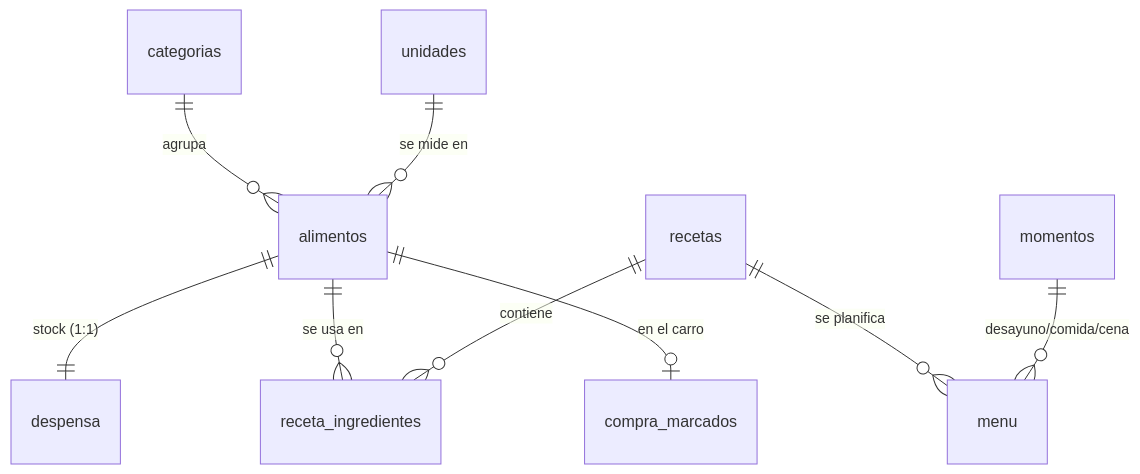
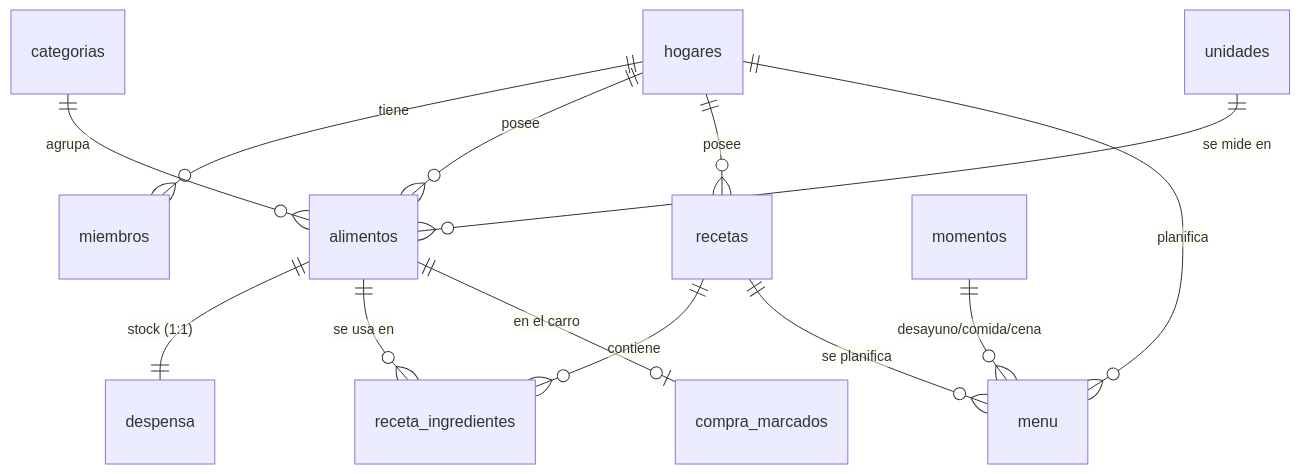
Before and after one commit to MavtArq/MyMenuSemanal: the diagram in README.md, drawn with Mermaid. The commit also changed other lines of this file and 13 other files, not shown here.

````diff
--- a/README.md
+++ b/README.md
@@ -53,11 +69,15 @@
 ```mermaid
 erDiagram
+    hogares    ||--o{ miembros : "tiene"
+    hogares    ||--o{ alimentos : "posee"
+    hogares    ||--o{ recetas : "posee"
+    hogares    ||--o{ menu : "planifica"
     categorias ||--o{ alimentos : agrupa
     unidades   ||--o{ alimentos : "se mide en"
     alimentos  ||--|| despensa : "stock (1:1)"
     alimentos  ||--o{ receta_ingredientes : "se usa en"
     recetas    ||--o{ receta_ingredientes : contiene
     recetas    ||--o{ menu : "se planifica"
     momentos   ||--o{ menu : "desayuno/comida/cena"
     alimentos  ||--o| compra_marcados : "en el carro"
 ```
````
